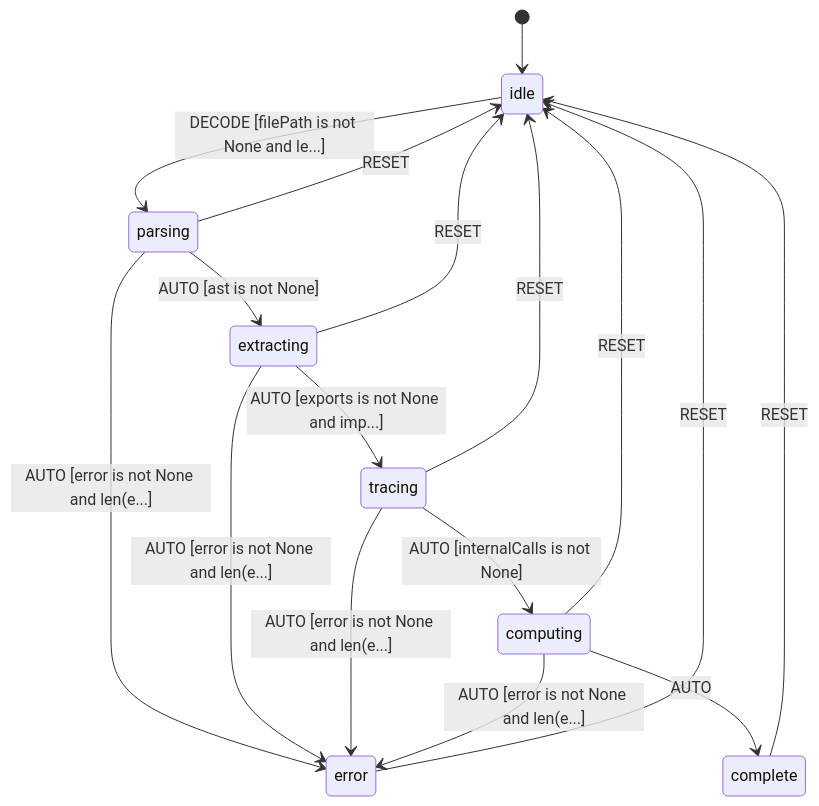
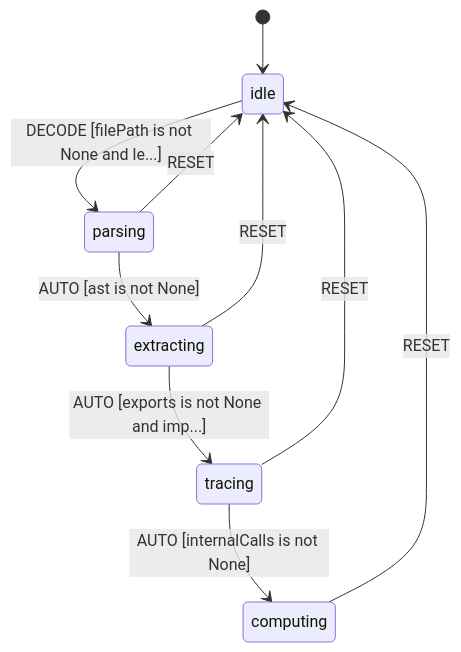
One commit to rhCat/lpp changed the diagram in utils/function_decoder/README.md. Above: the diagram before and after it, drawn with Mermaid. The commit also changed 253 other files, not shown here.

````diff
--- a/utils/function_decoder/README.md
+++ b/utils/function_decoder/README.md
@@ -123,20 +123,13 @@
 ```mermaid
 stateDiagram-v2
     %% L++ State Diagram: Python Function Decoder
     [*] --> idle
     idle --> parsing : DECODE [filePath is not None and le...]
-    parsing --> error : AUTO [error is not None and len(e...]
     parsing --> extracting : AUTO [ast is not None]
-    extracting --> error : AUTO [error is not None and len(e...]
     extracting --> tracing : AUTO [exports is not None and imp...]
-    tracing --> error : AUTO [error is not None and len(e...]
     tracing --> computing : AUTO [internalCalls is not None]
-    computing --> error : AUTO [error is not None and len(e...]
-    computing --> complete : AUTO
     parsing --> idle : RESET
-    error --> idle : RESET
     extracting --> idle : RESET
     tracing --> idle : RESET
     computing --> idle : RESET
-    complete --> idle : RESET
 ```
````
